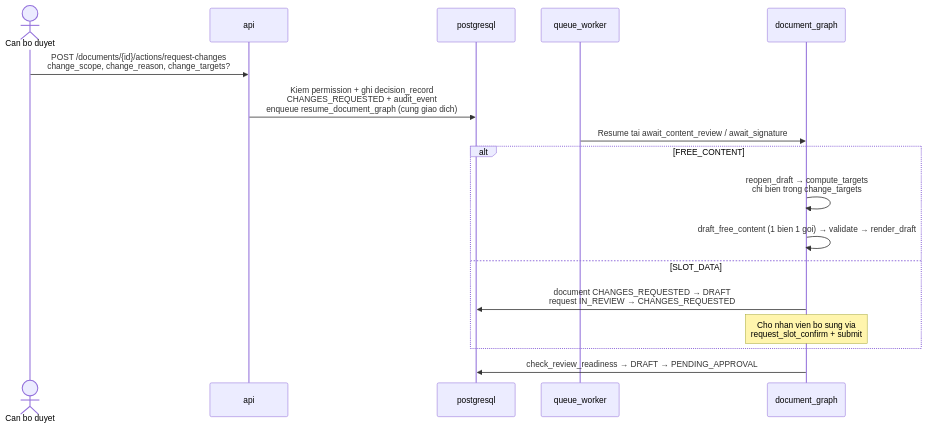
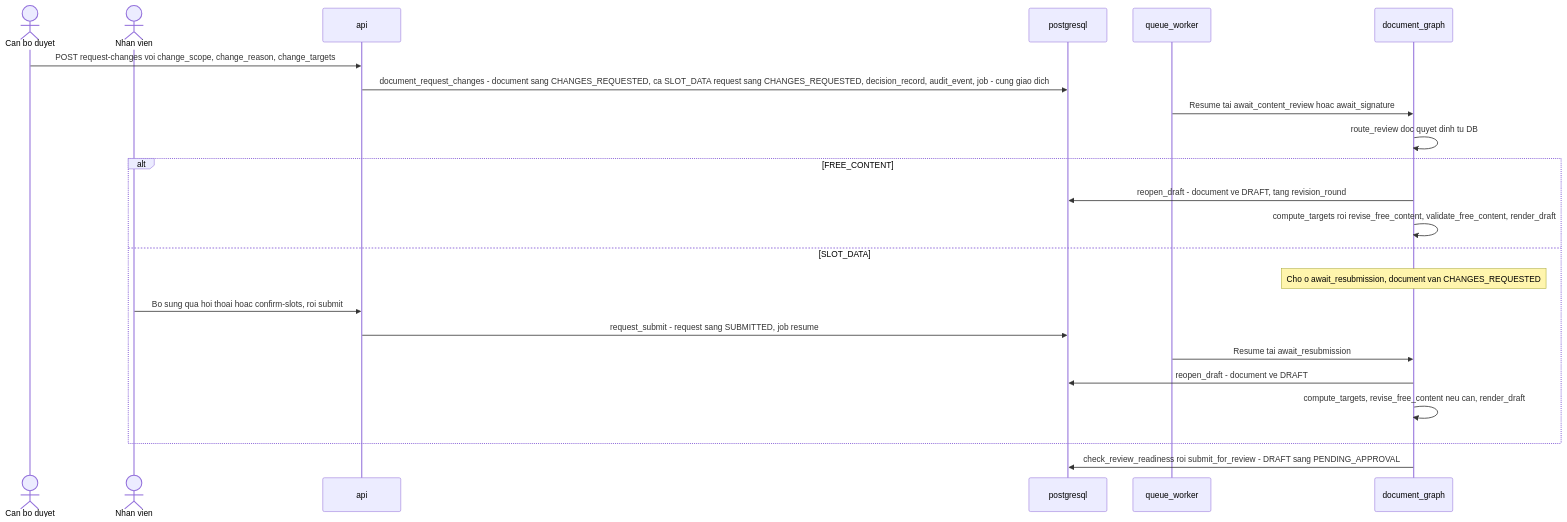
The first of 2 diagrams in docs/design/08-hitl.md (CongDuc02/AdminServiceDeskAgent), drawn with Mermaid before and after one commit. The commit also changed other lines of this file and 16 other files, not shown here.

````diff
--- a/docs/design/08-hitl.md
+++ b/docs/design/08-hitl.md
@@ -74,20 +118,26 @@
 ```mermaid
 sequenceDiagram
     actor CB as Can bo duyet
+    actor NV as Nhan vien
     participant API as api
     participant DB as postgresql
     participant W as queue_worker
     participant DG as document_graph
 
-    CB->>API: POST /documents/{id}/actions/request-changes<br/>change_scope, change_reason, change_targets?
-    API->>DB: Kiem permission + ghi decision_record<br/>CHANGES_REQUESTED + audit_event<br/>enqueue resume_document_graph (cung giao dich)
-    W->>DG: Resume tai await_content_review / await_signature
+    CB->>API: POST request-changes voi change_scope, change_reason, change_targets
+    API->>DB: document_request_changes - document sang CHANGES_REQUESTED, ca SLOT_DATA request sang CHANGES_REQUESTED, decision_record, audit_event, job - cung giao dich
+    W->>DG: Resume tai await_content_review hoac await_signature
+    DG->>DG: route_review doc quyet dinh tu DB
     alt FREE_CONTENT
-        DG->>DG: reopen_draft → compute_targets<br/>chi bien trong change_targets
-        DG->>DG: draft_free_content (1 bien 1 goi) → validate → render_draft
+        DG->>DB: reopen_draft - document ve DRAFT, tang revision_round
+        DG->>DG: compute_targets roi revise_free_content, validate_free_content, render_draft
     else SLOT_DATA
-        DG->>DB: document CHANGES_REQUESTED → DRAFT<br/>request IN_REVIEW → CHANGES_REQUESTED
-        Note over DG: Cho nhan vien bo sung via<br/>request_slot_confirm + submit
+        Note over DG: Cho o await_resubmission, document van CHANGES_REQUESTED
+        NV->>API: Bo sung qua hoi thoai hoac confirm-slots, roi submit
+        API->>DB: request_submit - request sang SUBMITTED, job resume
+        W->>DG: Resume tai await_resubmission
+        DG->>DB: reopen_draft - document ve DRAFT
+        DG->>DG: compute_targets, revise_free_content neu can, render_draft
     end
-    DG->>DB: check_review_readiness → DRAFT → PENDING_APPROVAL
+    DG->>DB: check_review_readiness roi submit_for_review - DRAFT sang PENDING_APPROVAL
 ```
````
